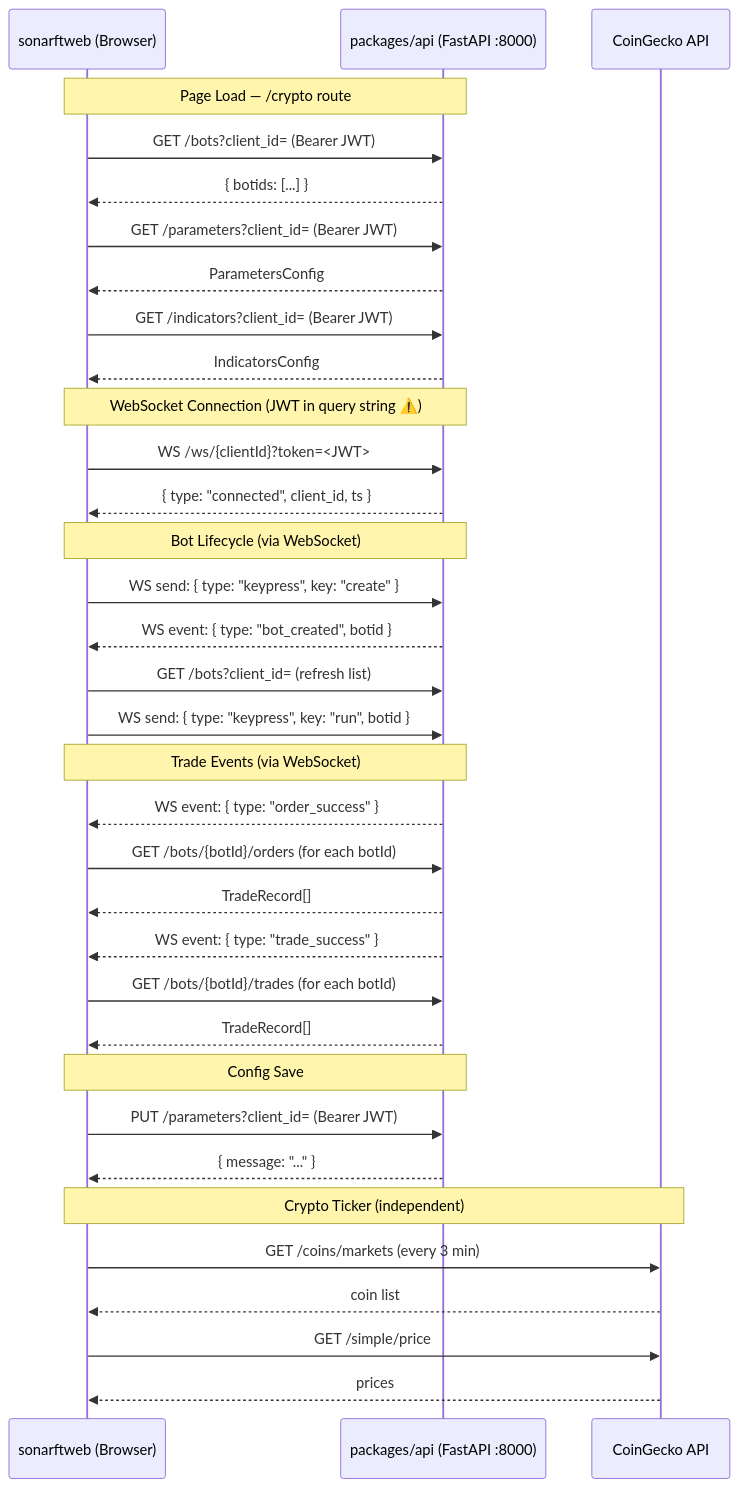
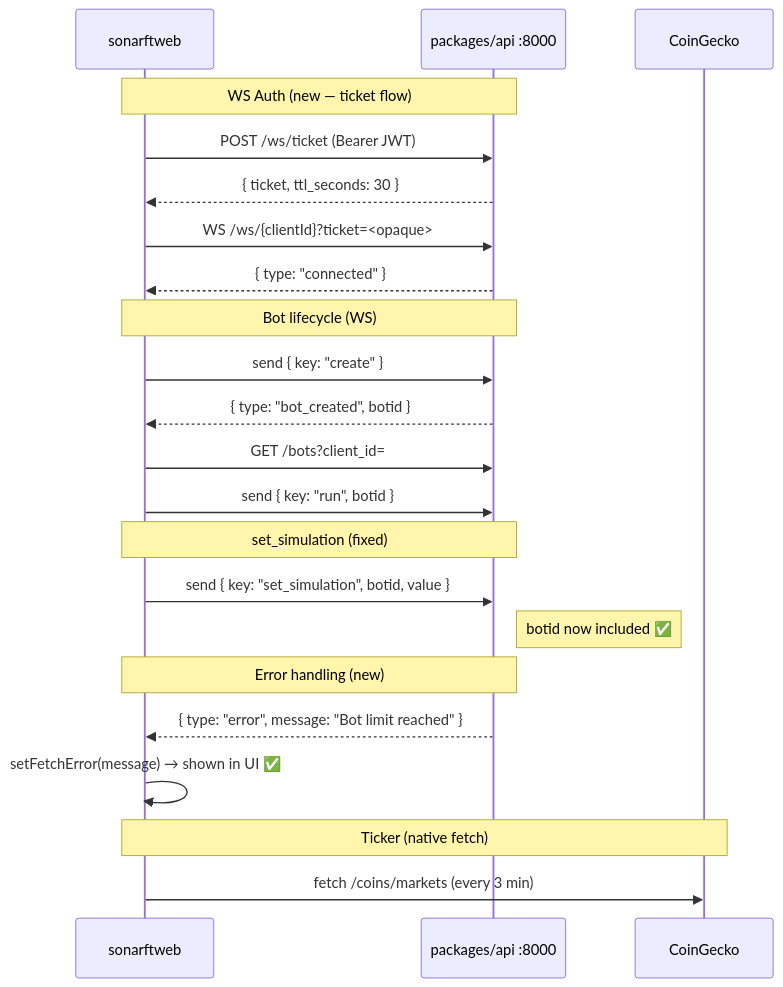
One commit to jreinaldodasilva/sonarft-monorepo changed the diagram in packages/web/docs/api-integration/sonarft-integration.md. Above: the diagram before and after it, drawn with Mermaid. The commit also changed other lines of this file and 11 other files, not shown here.

First line of the commit message:
docs(web): update all review documents post-implementation

````diff
--- a/packages/web/docs/api-integration/sonarft-integration.md
+++ b/packages/web/docs/api-integration/sonarft-integration.md
@@ -478,45 +163,29 @@
 ```mermaid
 sequenceDiagram
-    participant Browser as sonarftweb (Browser)
-    participant API as packages/api (FastAPI :8000)
-    participant CG as CoinGecko API
+    participant Browser as sonarftweb
+    participant API as packages/api :8000
+    participant CG as CoinGecko
 
-    Note over Browser,API: Page Load — /crypto route
-    Browser->>API: GET /bots?client_id= (Bearer JWT)
-    API-->>Browser: { botids: [...] }
+    Note over Browser,API: WS Auth (new — ticket flow)
+    Browser->>API: POST /ws/ticket (Bearer JWT)
+    API-->>Browser: { ticket, ttl_seconds: 30 }
+    Browser->>API: WS /ws/{clientId}?ticket=<opaque>
+    API-->>Browser: { type: "connected" }
 
-    Browser->>API: GET /parameters?client_id= (Bearer JWT)
-    API-->>Browser: ParametersConfig
+    Note over Browser,API: Bot lifecycle (WS)
+    Browser->>API: send { key: "create" }
+    API-->>Browser: { type: "bot_created", botid }
+    Browser->>API: GET /bots?client_id=
+    Browser->>API: send { key: "run", botid }
 
-    Browser->>API: GET /indicators?client_id= (Bearer JWT)
-    API-->>Browser: IndicatorsConfig
+    Note over Browser,API: set_simulation (fixed)
+    Browser->>API: send { key: "set_simulation", botid, value }
+    Note right of API: botid now included ✅
 
-    Note over Browser,API: WebSocket Connection (JWT in query string ⚠️)
-    Browser->>API: WS /ws/{clientId}?token=<JWT>
-    API-->>Browser: { type: "connected", client_id, ts }
+    Note over Browser,API: Error handling (new)
+    API-->>Browser: { type: "error", message: "Bot limit reached" }
+    Browser->>Browser: setFetchError(message) → shown in UI ✅
 
-    Note over Browser,API: Bot Lifecycle (via WebSocket)
-    Browser->>API: WS send: { type: "keypress", key: "create" }
-    API-->>Browser: WS event: { type: "bot_created", botid }
-    Browser->>API: GET /bots?client_id= (refresh list)
-    Browser->>API: WS send: { type: "keypress", key: "run", botid }
-
-    Note over Browser,API: Trade Events (via WebSocket)
-    API-->>Browser: WS event: { type: "order_success" }
-    Browser->>API: GET /bots/{botId}/orders (for each botId)
-    API-->>Browser: TradeRecord[]
-
-    API-->>Browser: WS event: { type: "trade_success" }
-    Browser->>API: GET /bots/{botId}/trades (for each botId)
-    API-->>Browser: TradeRecord[]
-
-    Note over Browser,API: Config Save
-    Browser->>API: PUT /parameters?client_id= (Bearer JWT)
-    API-->>Browser: { message: "..." }
-
-    Note over Browser,CG: Crypto Ticker (independent)
-    Browser->>CG: GET /coins/markets (every 3 min)
-    CG-->>Browser: coin list
-    Browser->>CG: GET /simple/price
-    CG-->>Browser: prices
+    Note over Browser,CG: Ticker (native fetch)
+    Browser->>CG: fetch /coins/markets (every 3 min)
 ```
````
